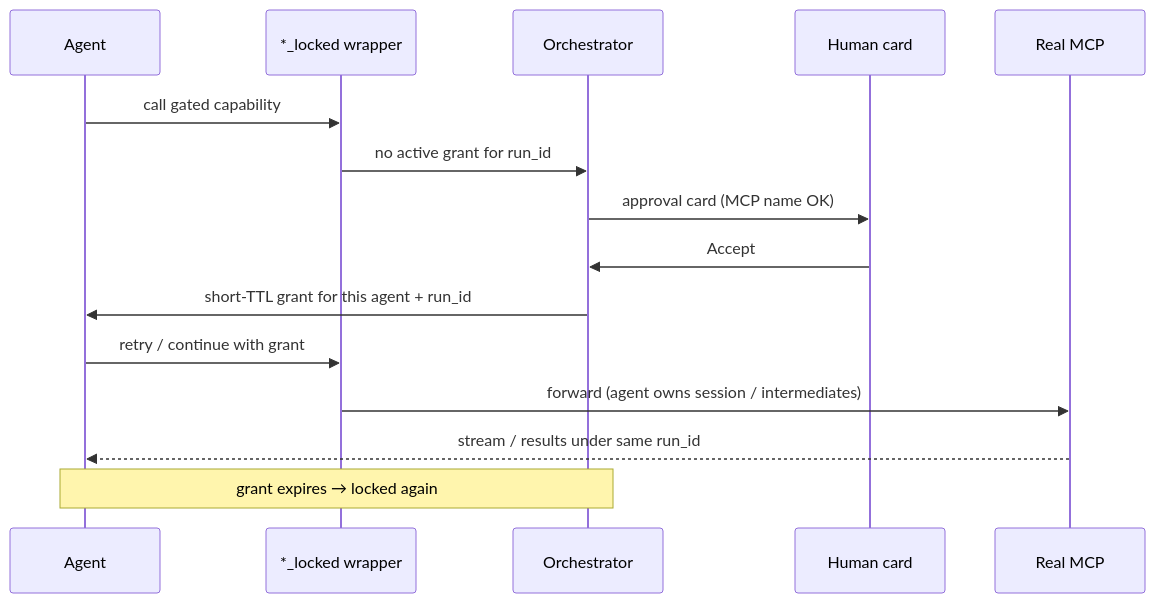
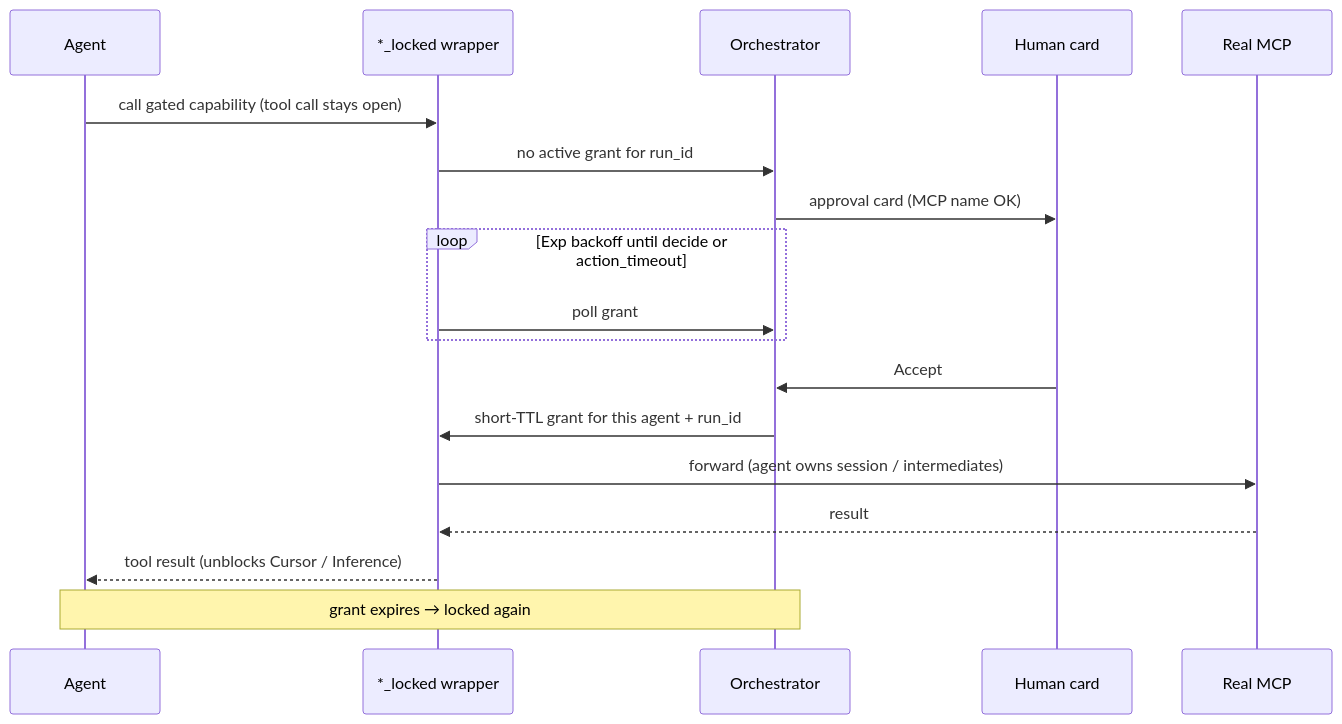
Before and after one commit to abhishekjasani/AgentAnyStack: the fourth of 4 diagrams in docs/ORCHESTRATOR.md, drawn with Mermaid. The commit also changed other lines of this file and 11 other files, not shown here.

````diff
--- a/docs/ORCHESTRATOR.md
+++ b/docs/ORCHESTRATOR.md
@@ -490,18 +632,21 @@
 ```mermaid
 sequenceDiagram
     participant A as Agent
     participant L as *_locked wrapper
     participant O as Orchestrator
     participant H as Human card
     participant M as Real MCP
 
-    A->>L: call gated capability
+    A->>L: call gated capability (tool call stays open)
     L->>O: no active grant for run_id
     O->>H: approval card (MCP name OK)
+    loop Exp backoff until decide or action_timeout
+        L->>O: poll grant
+    end
     H->>O: Accept
-    O->>A: short-TTL grant for this agent + run_id
-    A->>L: retry / continue with grant
+    O->>L: short-TTL grant for this agent + run_id
     L->>M: forward (agent owns session / intermediates)
-    M-->>A: stream / results under same run_id
+    M-->>L: result
+    L-->>A: tool result (unblocks Cursor / Inference)
     Note over O,A: grant expires → locked again
 ```
````
